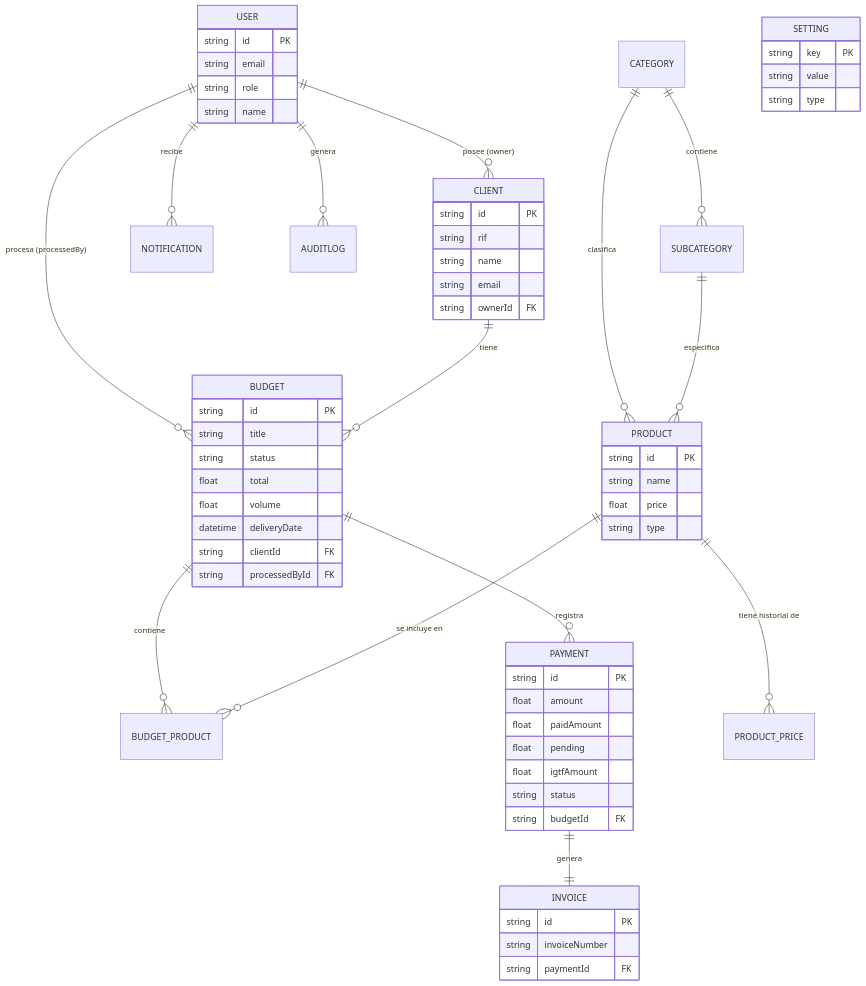
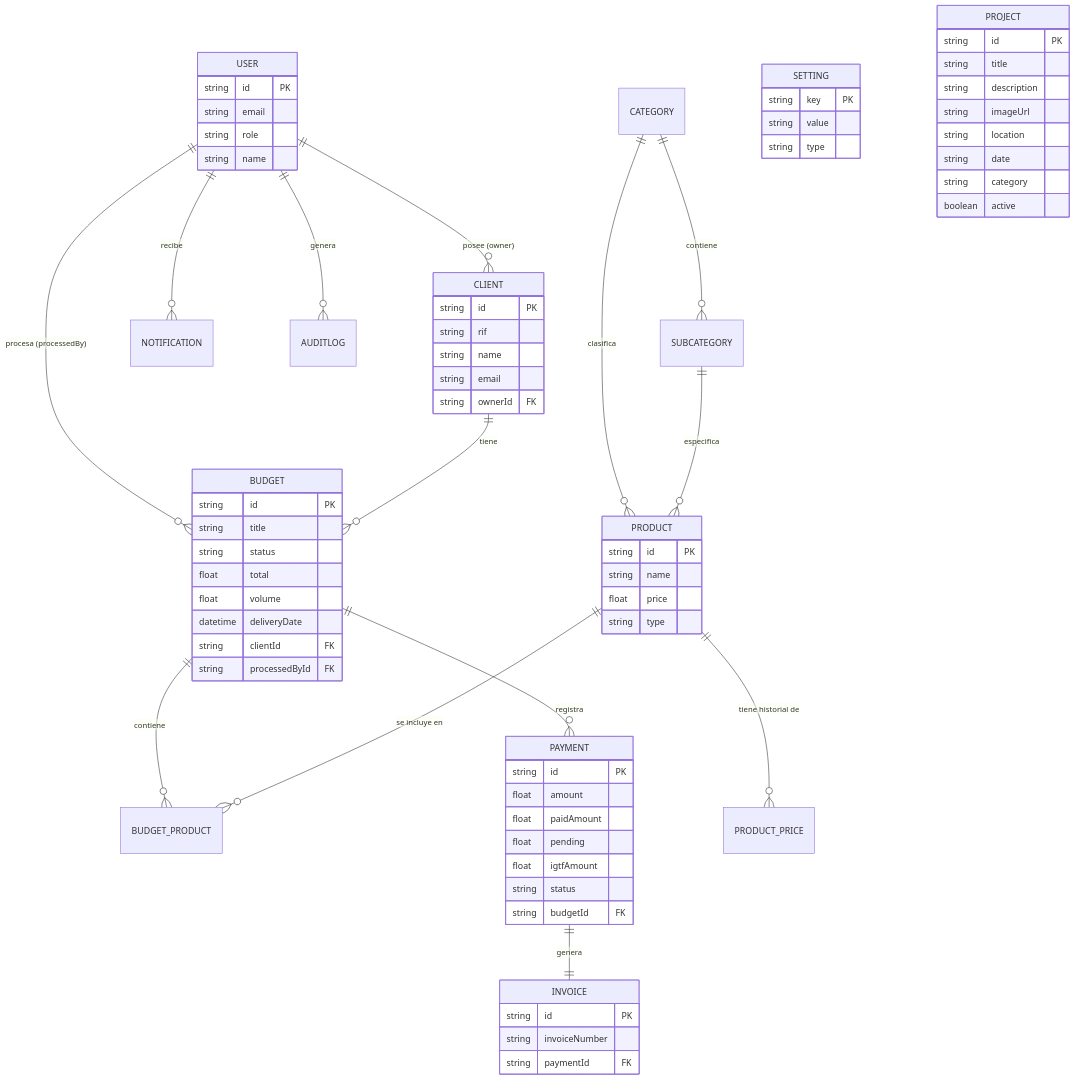
Before and after one commit to Orly51869/ProyectoPremezcladosManzanillo: the diagram in PremezcladosManzanillo/docs/ER_Diagram.md, drawn with Mermaid. The commit also changed 16 other files, not shown here.

````diff
--- a/PremezcladosManzanillo/docs/ER_Diagram.md
+++ b/PremezcladosManzanillo/docs/ER_Diagram.md
@@ -7,70 +7,80 @@
 ```mermaid
 erDiagram
     USER ||--o{ CLIENT : "posee (owner)"
     USER ||--o{ BUDGET : "procesa (processedBy)"
     USER ||--o{ NOTIFICATION : "recibe"
     USER ||--o{ AUDITLOG : "genera"
     
     CLIENT ||--o{ BUDGET : "tiene"
     
     BUDGET ||--o{ BUDGET_PRODUCT : "contiene"
     BUDGET ||--o{ PAYMENT : "registra"
     
     PAYMENT ||--|| INVOICE : "genera"
     
     PRODUCT ||--o{ BUDGET_PRODUCT : "se incluye en"
     PRODUCT ||--o{ PRODUCT_PRICE : "tiene historial de"
     
     CATEGORY ||--o{ PRODUCT : "clasifica"
     CATEGORY ||--o{ SUBCATEGORY : "contiene"
     SUBCATEGORY ||--o{ PRODUCT : "especifica"
 
     USER {
         string id PK
         string email
         string role
         string name
     }
     CLIENT {
         string id PK
         string rif
         string name
         string email
         string ownerId FK
     }
     BUDGET {
         string id PK
         string title
         string status
         float total
         float volume
         datetime deliveryDate
         string clientId FK
         string processedById FK
     }
     PRODUCT {
         string id PK
         string name
         float price
         string type
     }
     PAYMENT {
         string id PK
         float amount
         float paidAmount
         float pending
         float igtfAmount
         string status
         string budgetId FK
     }
     INVOICE {
         string id PK
         string invoiceNumber
         string paymentId FK
     }
     SETTING {
         string key PK
         string value
         string type
     }
+    PROJECT {
+        string id PK
+        string title
+        string description
+        string imageUrl
+        string location
+        string date
+        string category
+        boolean active
+    }
 ```
````
